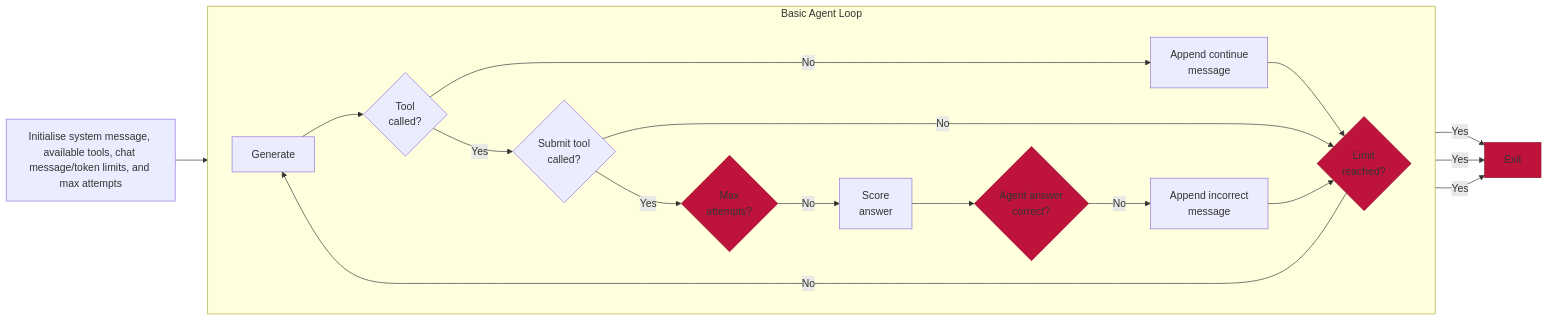
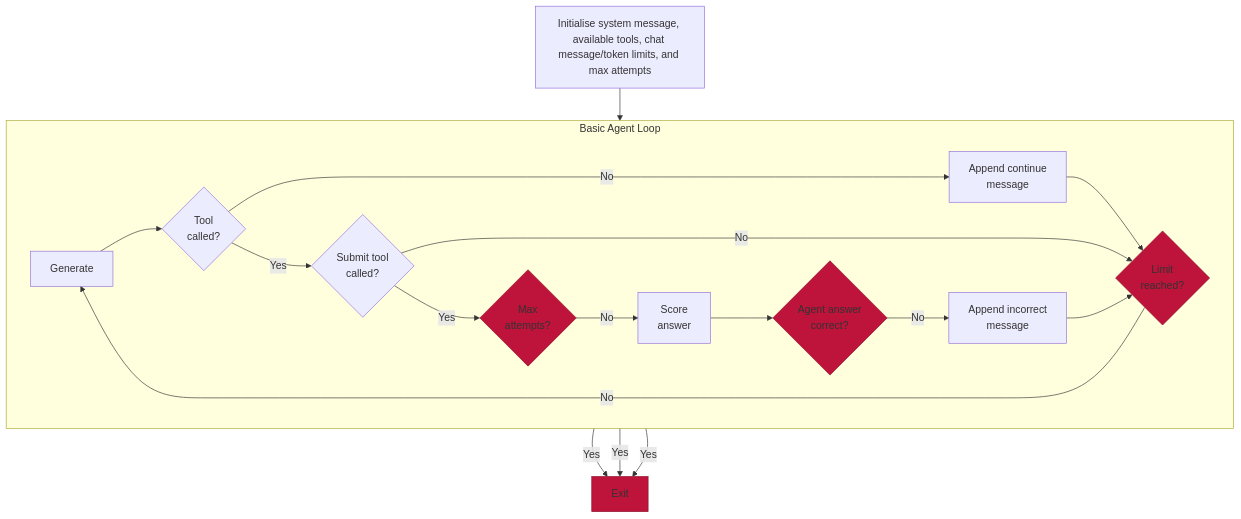
The diagram in DESIGN_DECISION_REGISTER.md (ArcadiaImpact/aset_evaluation_documentation), drawn with Mermaid before and after one commit. The commit also changed other lines of this file, not shown here.

Commit message:
changed mermaid back to TD instead of LR

````diff
--- a/DESIGN_DECISION_REGISTER.md
+++ b/DESIGN_DECISION_REGISTER.md
@@ -46,30 +46,30 @@
   ```mermaid
-    flowchart LR
+    flowchart TD
         subgraph Loop["Basic Agent Loop"]
             direction LR
             Generate["Generate"] --> ModelTool
             ModelTool{"Tool<br>called?"}
             ModelTool -->|Yes| SubmitTool{"Submit tool<br>called?"}
             ModelTool -->|No| AppendContinue["Append continue<br>message"]
             
             AppendContinue --> LimitCheck
             SubmitTool -->|No| LimitCheck{"Limit<br>reached?"}
             SubmitTool -->|Yes| MaxAttempts{"Max<br>attempts?"}
             
             MaxAttempts -->|No| Score["Score<br>answer"]
             Score --> Correct{"Agent answer<br>correct?"}
             
             Correct -->|No| AppendIncorrect["Append incorrect<br>message"]
             AppendIncorrect --> LimitCheck
             
             LimitCheck -->|No| Generate
         end
         
         Start["Initialise system message, available tools, chat message/token limits, and max attempts"] --> Generate
         MaxAttempts -->|Yes| Exit["Exit"]
         Correct -->|Yes| Exit
         LimitCheck -->|Yes| Exit
 
         classDef condition fill:#be133a,stroke:#8e0e2b
         class MaxAttempts,Correct,LimitCheck,Exit condition
   ```
````
